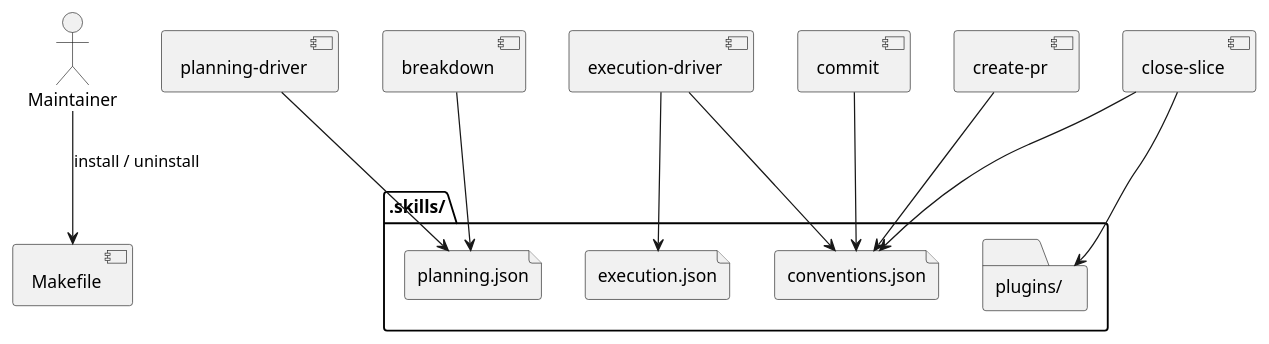
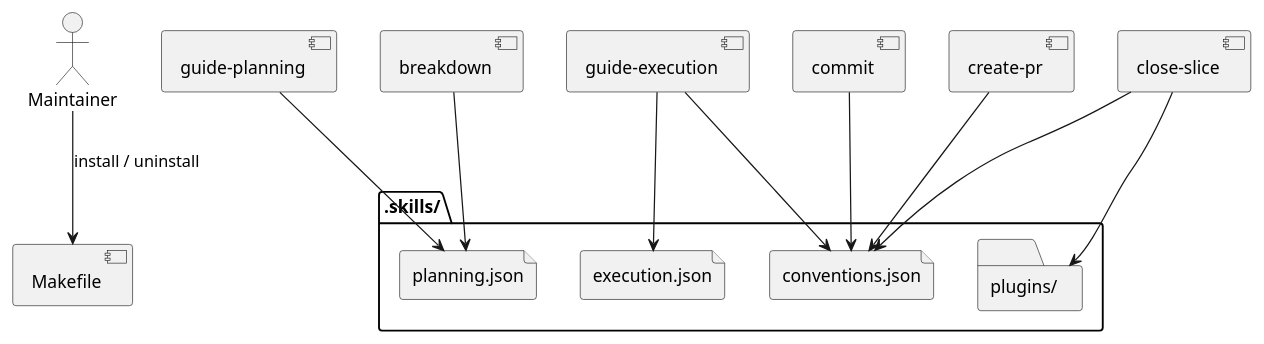
Before and after one commit to sirius-cc-wu/sirius-skills: the diagram in docs/features/installation-and-configuration/system-design.md, drawn with PlantUML. The commit also changed other lines of this file and 30 other files, not shown here.

````diff
--- a/docs/features/installation-and-configuration/system-design.md
+++ b/docs/features/installation-and-configuration/system-design.md
@@ -38,28 +38,28 @@
 ```plantuml
 @startuml
 actor Maintainer
 folder ".skills/" {
   file "planning.json"
   file "execution.json"
   file "conventions.json"
   folder "plugins/"
 }
 component Makefile
-component "planning-driver" as Planning
-component "execution-driver" as Execution
+component "guide-planning" as Planning
+component "guide-execution" as Execution
 component commit
 component "create-pr" as CreatePR
 component breakdown
 component "close-slice" as CloseSlice
 
 Maintainer --> Makefile : install / uninstall
 Planning --> "planning.json"
 Execution --> "execution.json"
 Execution --> "conventions.json"
 commit --> "conventions.json"
 CreatePR --> "conventions.json"
 breakdown --> "planning.json"
 CloseSlice --> "conventions.json"
 CloseSlice --> "plugins/"
 @enduml
 ```
````
